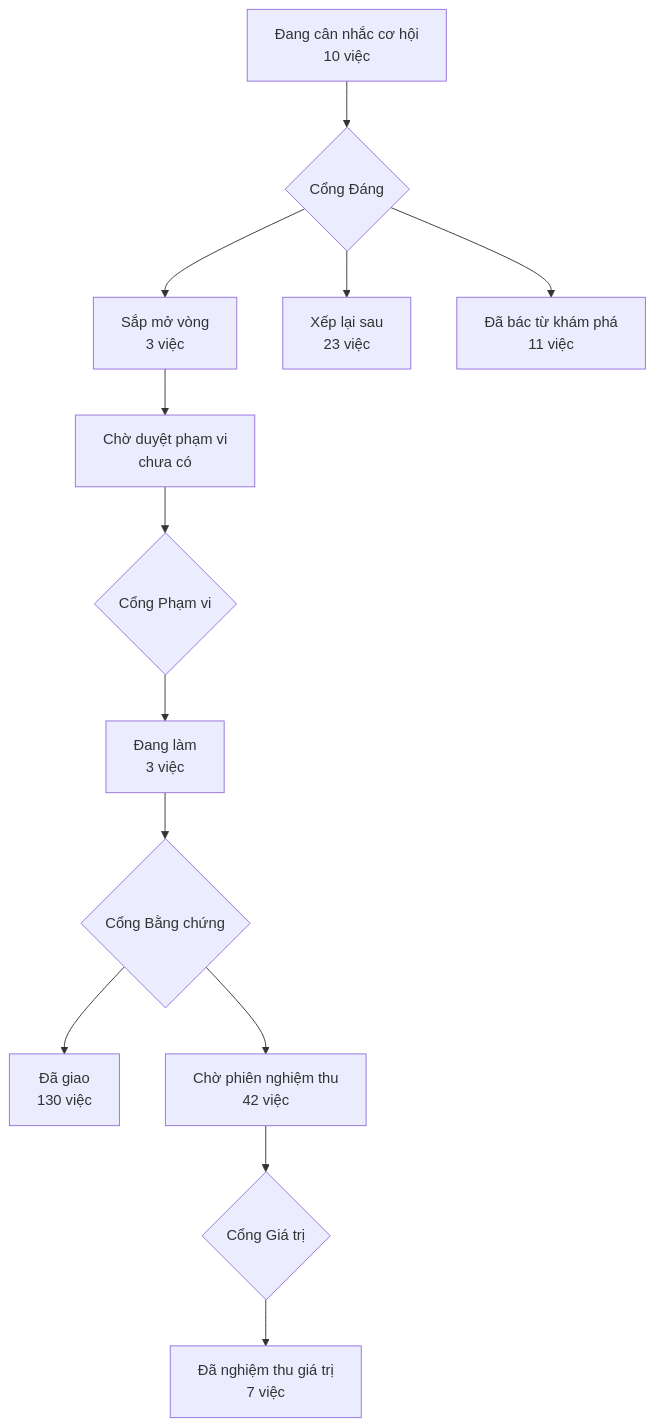
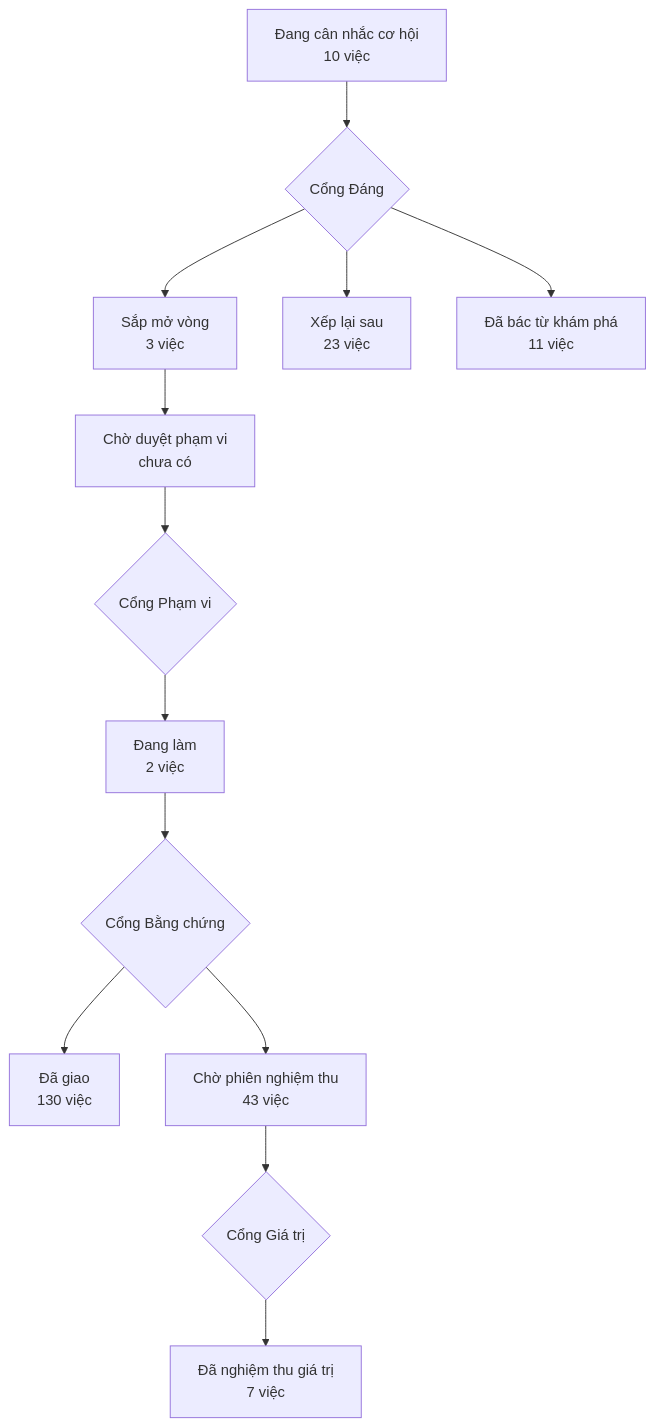
Before and after one commit to phanlemanh/acceptance-gate-kit: the diagram in PRODUCT-MAP.md, drawn with Mermaid. The commit also changed 6 other files, not shown here.

````diff
--- a/PRODUCT-MAP.md
+++ b/PRODUCT-MAP.md
@@ -7,12 +7,12 @@
 ```mermaid
 flowchart TD
   A["Đang cân nhắc cơ hội<br/>10 việc"] --> GD{"Cổng Đáng"}
   GD --> B["Sắp mở vòng<br/>3 việc"]
   GD --> XL["Xếp lại sau<br/>23 việc"]
   GD --> DB["Đã bác từ khám phá<br/>11 việc"]
   B --> CD["Chờ duyệt phạm vi<br/>chưa có"] --> GP{"Cổng Phạm vi"}
-  GP --> DL["Đang làm<br/>3 việc"] --> GB{"Cổng Bằng chứng"}
+  GP --> DL["Đang làm<br/>2 việc"] --> GB{"Cổng Bằng chứng"}
   GB --> DG["Đã giao<br/>130 việc"]
-  GB --> CN["Chờ phiên nghiệm thu<br/>42 việc"] --> GG{"Cổng Giá trị"}
+  GB --> CN["Chờ phiên nghiệm thu<br/>43 việc"] --> GG{"Cổng Giá trị"}
   GG --> NT["Đã nghiệm thu giá trị<br/>7 việc"]
 ```
````
